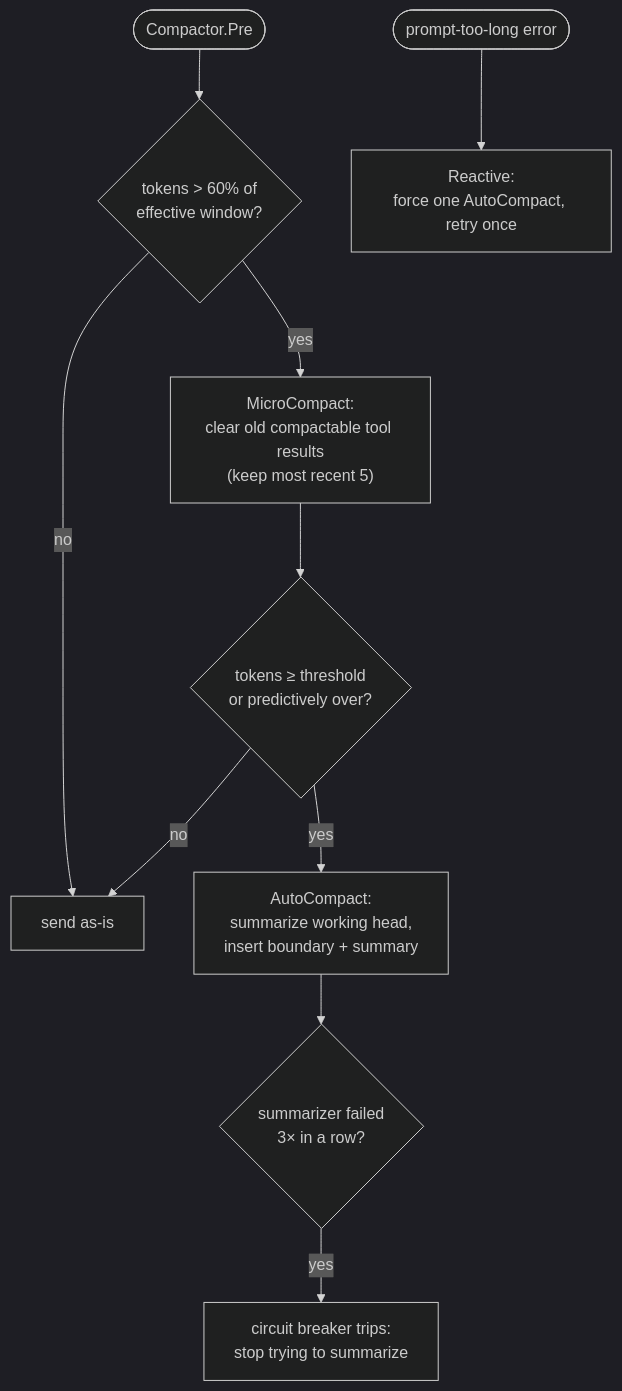
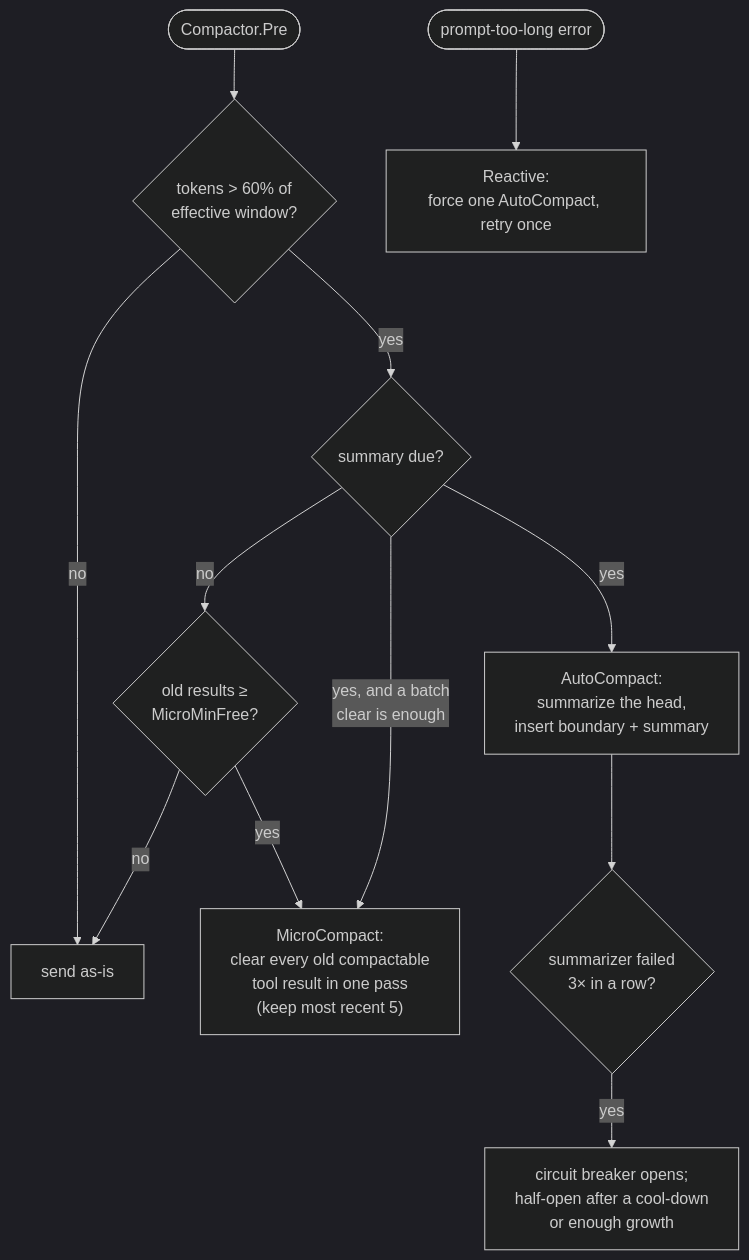
Before and after one commit to 0xmanhnv/Norma: the sixth of 8 diagrams in docs/ARCHITECTURE.md, drawn with Mermaid (dark theme). The commit also changed other lines of this file and 6 other files, not shown here.

````diff
--- a/docs/ARCHITECTURE.md
+++ b/docs/ARCHITECTURE.md
@@ -314,13 +314,15 @@
 ```mermaid
 flowchart TD
     Pre([Compactor.Pre]) --> Micro{"tokens > 60% of<br/>effective window?"}
     Micro -->|no| Keep[send as-is]
-    Micro -->|yes| MC["MicroCompact:<br/>clear old compactable tool results<br/>(keep most recent 5)"]
-    MC --> Auto{tokens ≥ threshold<br/>or predictively over?}
-    Auto -->|no| Keep
-    Auto -->|yes| AC["AutoCompact:<br/>summarize working head,<br/>insert boundary + summary"]
+    Micro -->|yes| Due{summary due?}
+    Due -->|no| Batch{"old results ≥<br/>MicroMinFree?"}
+    Batch -->|no| Keep
+    Batch -->|yes| MC["MicroCompact:<br/>clear every old compactable<br/>tool result in one pass<br/>(keep most recent 5)"]
+    Due -->|"yes, and a batch<br/>clear is enough"| MC
+    Due -->|yes| AC["AutoCompact:<br/>summarize the head,<br/>insert boundary + summary"]
     AC --> Trip{summarizer failed<br/>3× in a row?}
-    Trip -->|yes| Breaker[circuit breaker trips:<br/>stop trying to summarize]
+    Trip -->|yes| Breaker["circuit breaker opens;<br/>half-open after a cool-down<br/>or enough growth"]
 
     Overflow([prompt-too-long error]) --> Reactive["Reactive:<br/>force one AutoCompact, retry once"]
 ```
````
